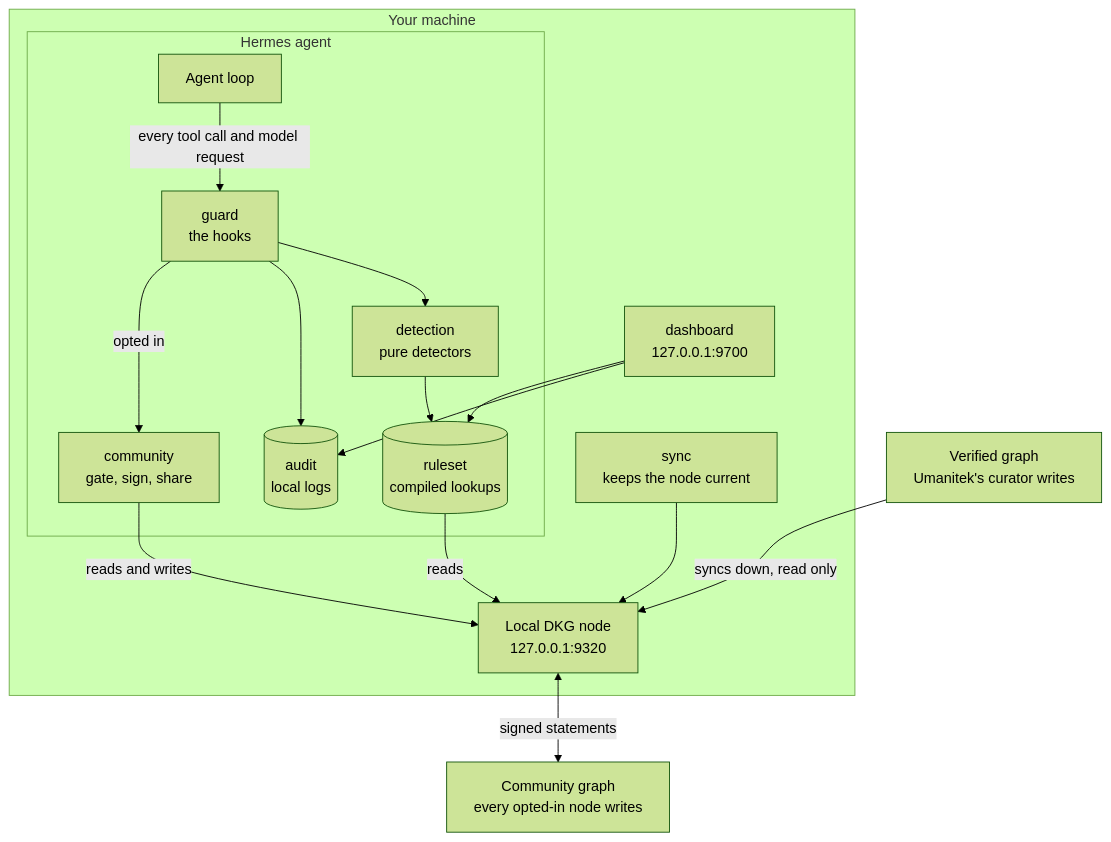
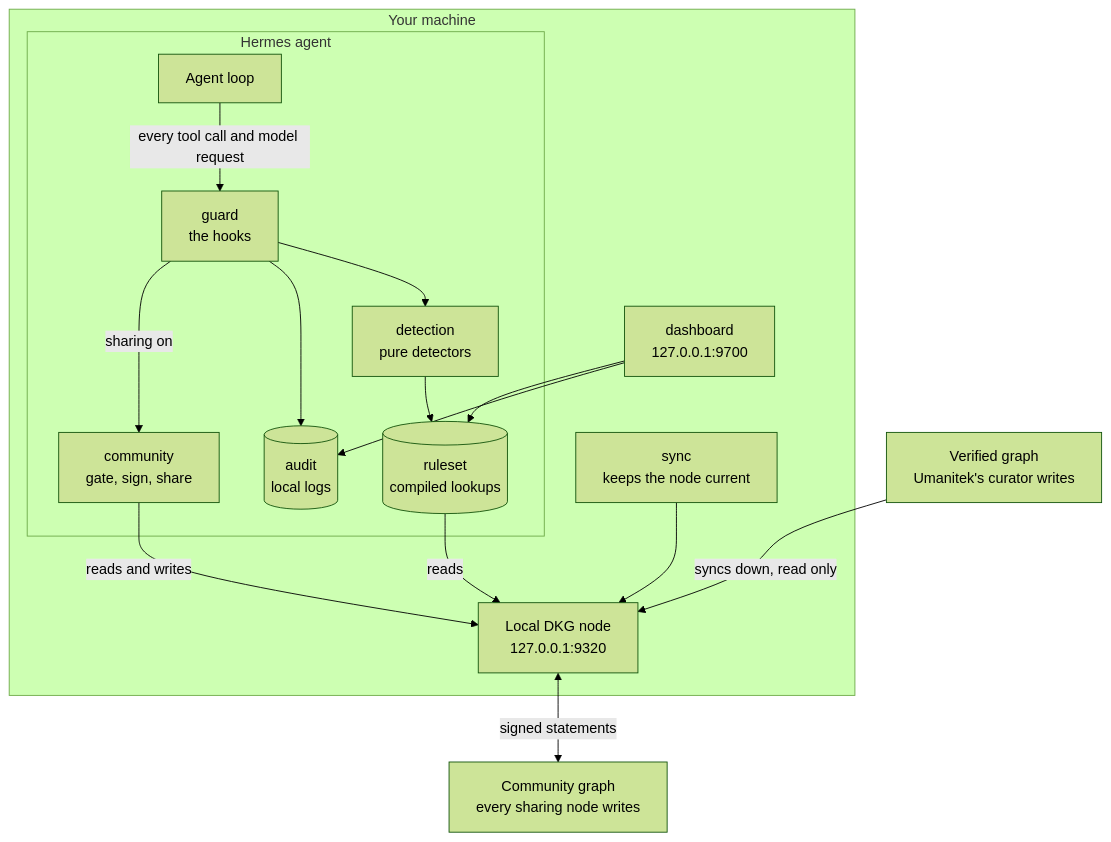
One commit to FamousAmos-ChillZone/agent-blackbox changed the sixth of 6 diagrams in README.md. Above: the diagram before and after it, drawn with Mermaid (forest theme). The commit also changed other lines of this file and 2 other files, not shown here.

````diff
--- a/README.md
+++ b/README.md
@@ -472,19 +473,19 @@
 ```mermaid
 flowchart TB
     subgraph Machine["Your machine"]
         subgraph Host["Hermes agent"]
             AG[Agent loop] -->|every tool call and model request| GU[guard<br/>the hooks]
             GU --> DE[detection<br/>pure detectors]
             DE --> RU[(ruleset<br/>compiled lookups)]
             GU --> AU[(audit<br/>local logs)]
-            GU -->|opted in| CO[community<br/>gate, sign, share]
+            GU -->|sharing on| CO[community<br/>gate, sign, share]
         end
         DA[dashboard<br/>127.0.0.1:9700] --> AU
         DA --> RU
         RU -->|reads| NO[Local DKG node<br/>127.0.0.1:9320]
         CO -->|reads and writes| NO
         SY[sync<br/>keeps the node current] --> NO
     end
     VG[Verified graph<br/>Umanitek's curator writes] -->|syncs down, read only| NO
-    NO <-->|signed statements| CG[Community graph<br/>every opted-in node writes]
+    NO <-->|signed statements| CG[Community graph<br/>every sharing node writes]
 ```
````
